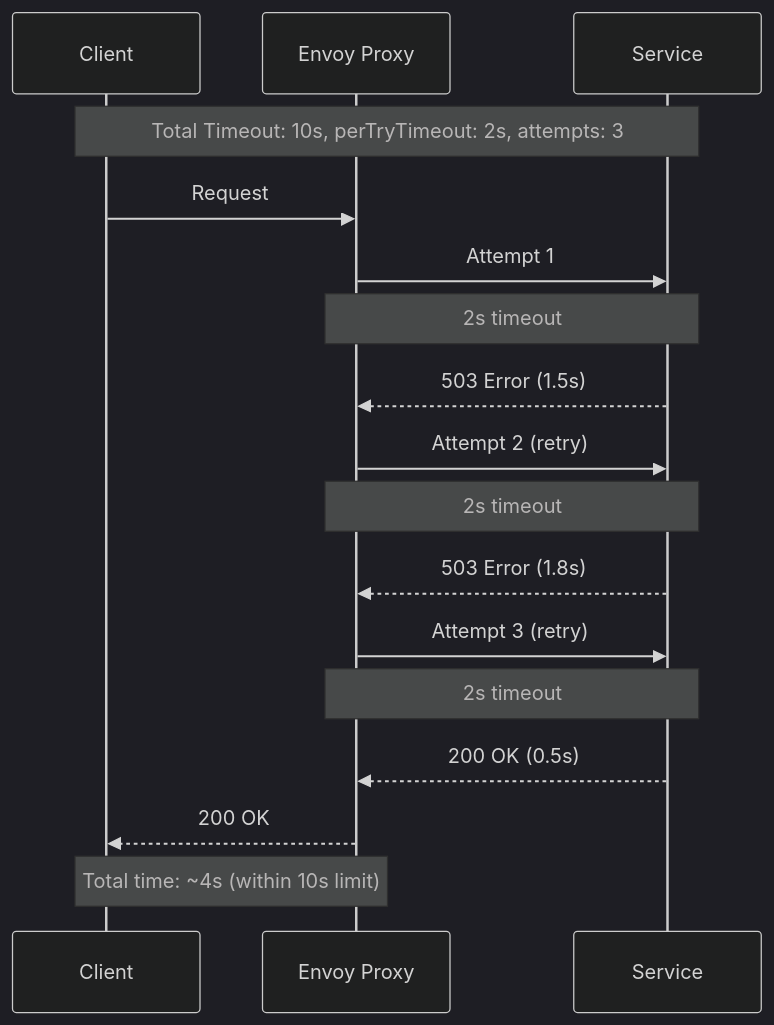
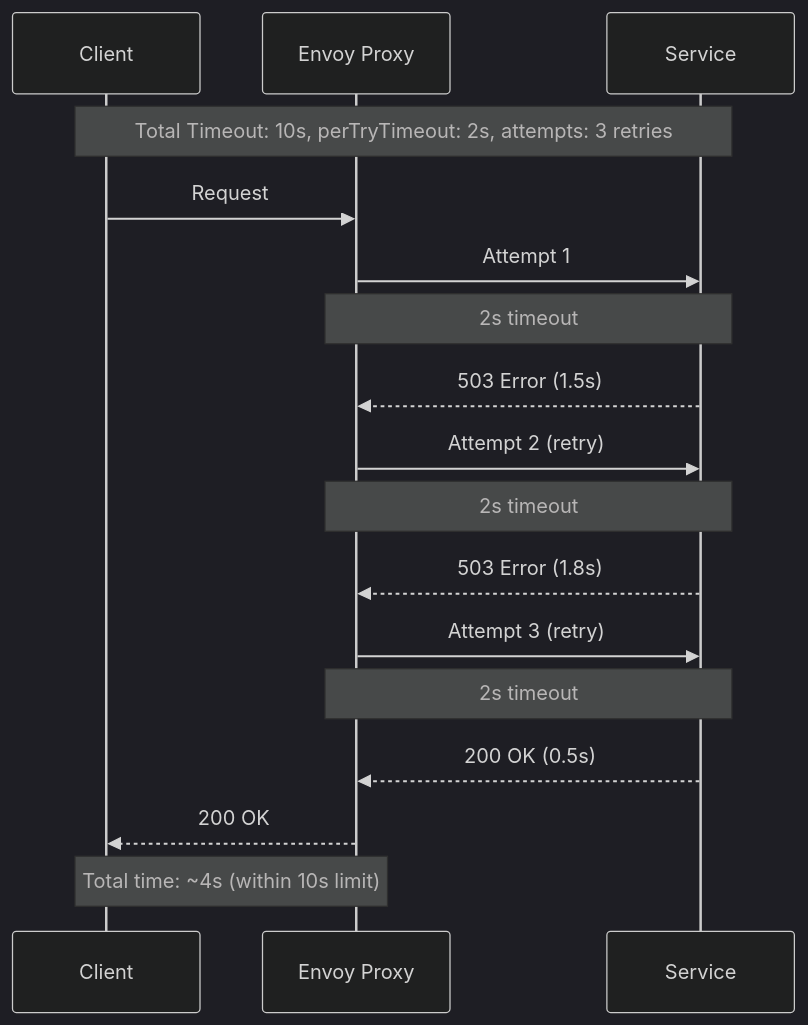
Before and after one commit to OneUptime/blog: the third of 5 diagrams in posts/2026-01-07-istio-retries-timeouts/README.md, drawn with Mermaid (dark theme). The commit also changed other lines of this file and 2 other files, not shown here.

Commit message:
validate: 2026-01-07-istio-retries-timeouts

````diff
--- a/posts/2026-01-07-istio-retries-timeouts/README.md
+++ b/posts/2026-01-07-istio-retries-timeouts/README.md
@@ -254,24 +255,24 @@
 ```mermaid
 sequenceDiagram
     participant C as Client
     participant E as Envoy Proxy
     participant S as Service
 
-    Note over C,S: Total Timeout: 10s, perTryTimeout: 2s, attempts: 3
+    Note over C,S: Total Timeout: 10s, perTryTimeout: 2s, attempts: 3 retries
 
     C->>E: Request
     E->>S: Attempt 1
     Note over E,S: 2s timeout
     S-->>E: 503 Error (1.5s)
 
     E->>S: Attempt 2 (retry)
     Note over E,S: 2s timeout
     S-->>E: 503 Error (1.8s)
 
     E->>S: Attempt 3 (retry)
     Note over E,S: 2s timeout
     S-->>E: 200 OK (0.5s)
 
     E-->>C: 200 OK
     Note over C,E: Total time: ~4s (within 10s limit)
 ```
````
